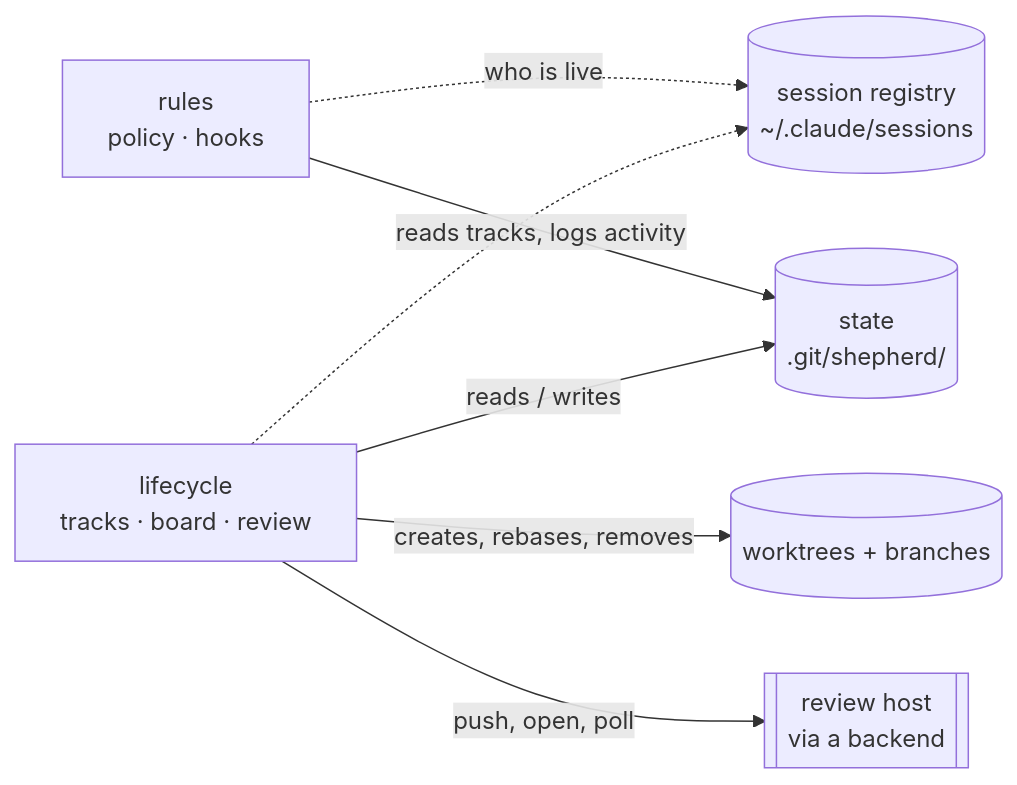
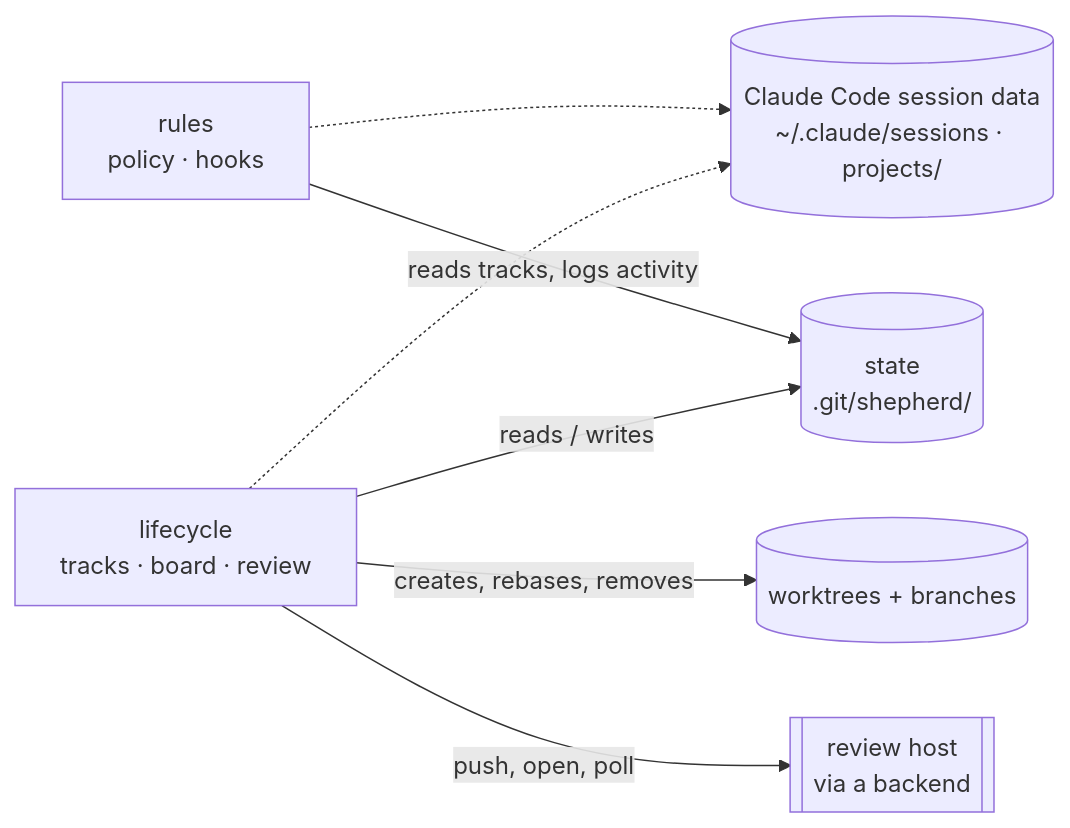
One commit to SearchingAlpha/claude-dotfiles changed the second of 6 diagrams in harnesses/shepherd/docs/architecture.md. Above: the diagram before and after it, drawn with Mermaid. The commit also changed other lines of this file and 1 other file, not shown here.

````diff
--- a/harnesses/shepherd/docs/architecture.md
+++ b/harnesses/shepherd/docs/architecture.md
@@ -37,15 +37,15 @@
 ```mermaid
 flowchart LR
   rules["rules<br/>policy · hooks"]
   life["lifecycle<br/>tracks · board · review"]
-  reg[("session registry<br/>~/.claude/sessions")]
+  reg[("Claude Code session data<br/>~/.claude/sessions · projects/")]
   state[("state<br/>.git/shepherd/")]
   git[("worktrees + branches")]
   host[["review host<br/>via a backend"]]
-  rules -. "who is live" .-> reg
+  rules -.-> reg
   life -.-> reg
   rules -- "reads tracks, logs activity" --> state
   life -- "reads / writes" --> state
   life -- "creates, rebases, removes" --> git
   life -- "push, open, poll" --> host
 ```
````
